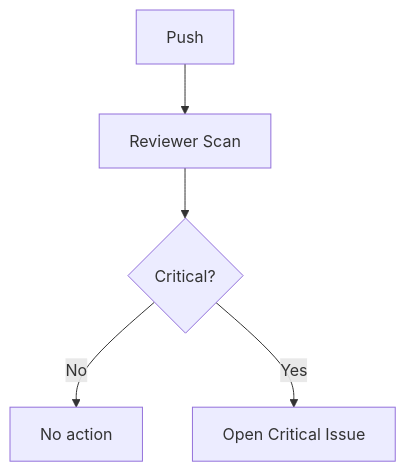
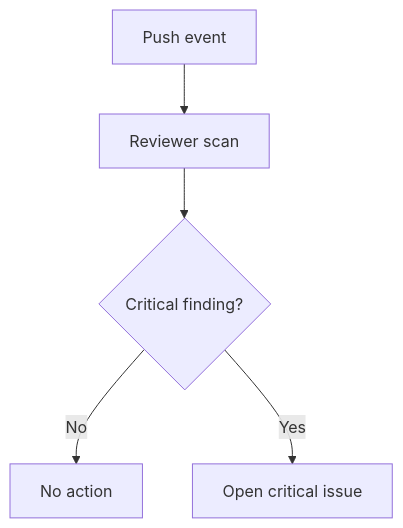
One commit to BUZASLAN128/HiveMind-Actions changed the second of 2 diagrams in README.md. Above: the diagram before and after it, drawn with Mermaid. The commit also changed other lines of this file, not shown here.

Commit message:
docs: redesign README with product-style hero and CTA flow

````diff
--- a/README.md
+++ b/README.md
@@ -55,7 +109,7 @@
 ```mermaid
 flowchart TD
-    P[Push] --> S[Reviewer Scan]
-    S --> D{Critical?}
+    P[Push event] --> S[Reviewer scan]
+    S --> D{Critical finding?}
     D -- No --> N[No action]
-    D -- Yes --> I[Open Critical Issue]
+    D -- Yes --> I[Open critical issue]
 ```
````
